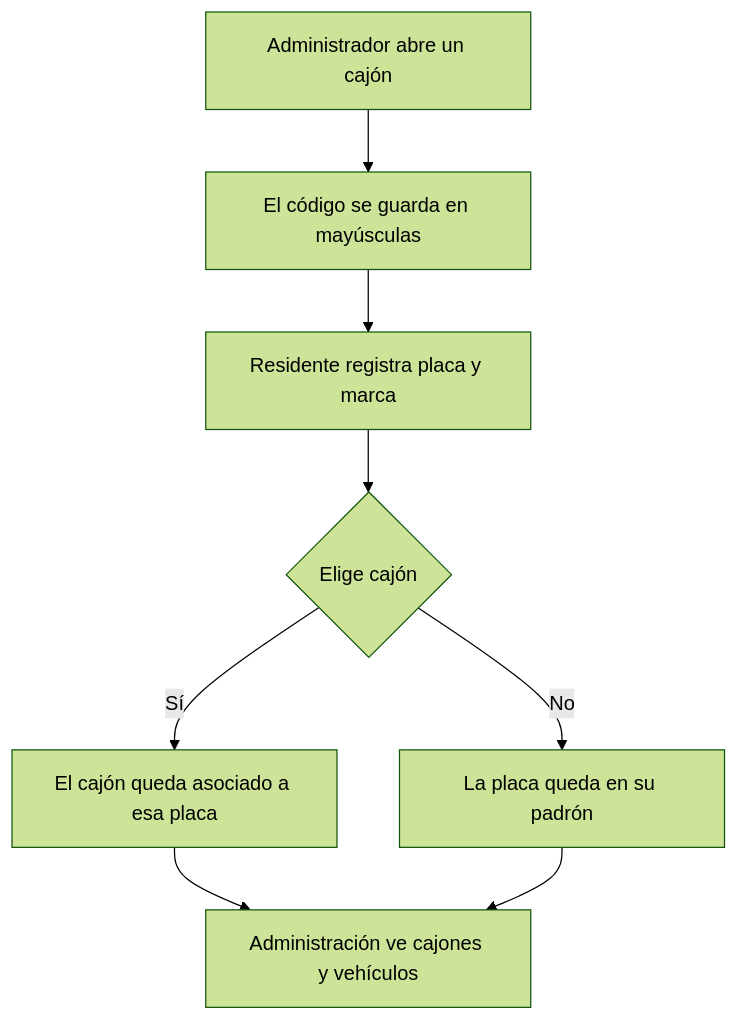
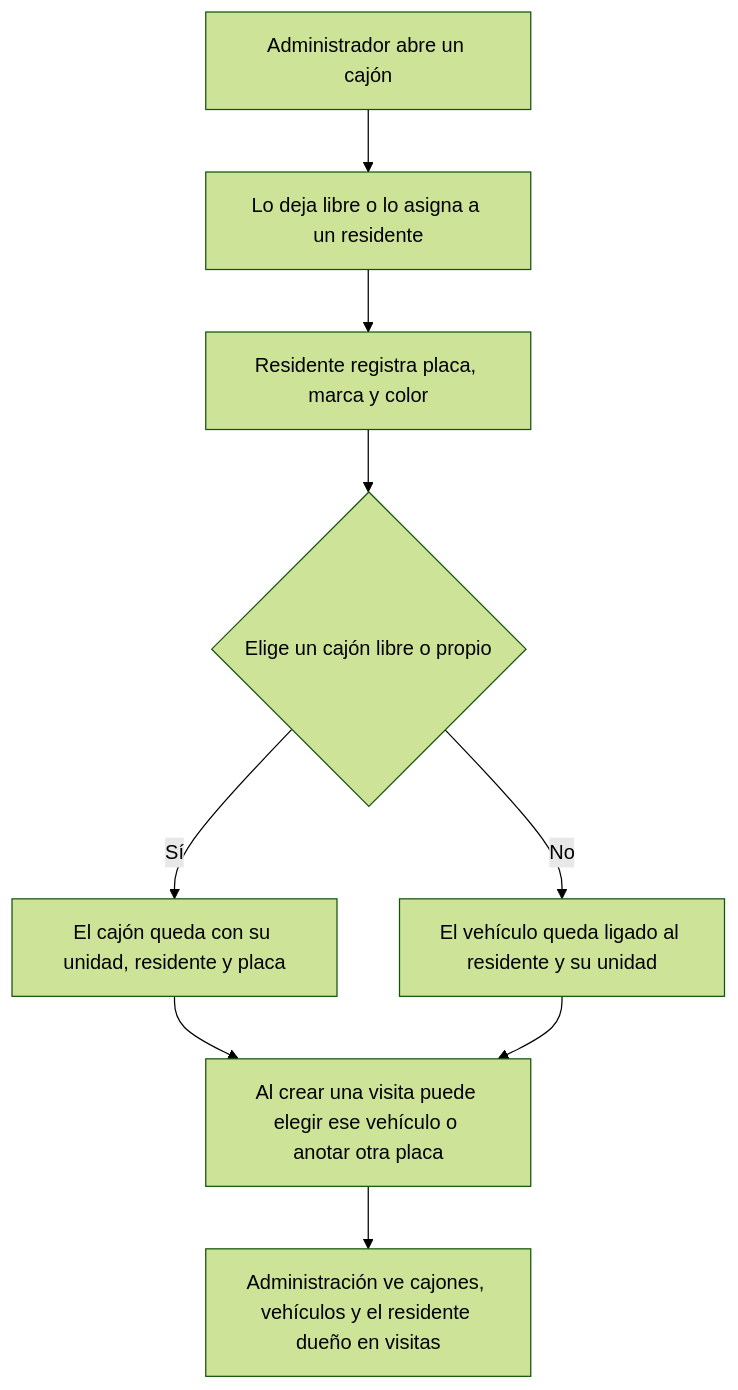
One commit to orlpm/NovaResidence changed diagram 11 of 15 in docs/SERVICIOS-Y-PROCESOS.md. Above: the diagram before and after it, drawn with Mermaid (forest theme). The commit also changed other lines of this file and 56 other files, not shown here.

````diff
--- a/docs/SERVICIOS-Y-PROCESOS.md
+++ b/docs/SERVICIOS-Y-PROCESOS.md
@@ -254,10 +254,11 @@
 ```mermaid
 flowchart TD
-    A[Administrador abre un cajón] --> B[El código se guarda en mayúsculas]
-    B --> C[Residente registra placa y marca]
-    C --> D{Elige cajón}
-    D -->|Sí| E[El cajón queda asociado a esa placa]
-    D -->|No| F[La placa queda en su padrón]
-    E --> G[Administración ve cajones y vehículos]
+    A[Administrador abre un cajón] --> B[Lo deja libre o lo asigna a un residente]
+    B --> C[Residente registra placa, marca y color]
+    C --> D{Elige un cajón libre o propio}
+    D -->|Sí| E[El cajón queda con su unidad, residente y placa]
+    D -->|No| F[El vehículo queda ligado al residente y su unidad]
+    E --> G[Al crear una visita puede elegir ese vehículo o anotar otra placa]
     F --> G
+    G --> H[Administración ve cajones, vehículos y el residente dueño en visitas]
 ```
````
